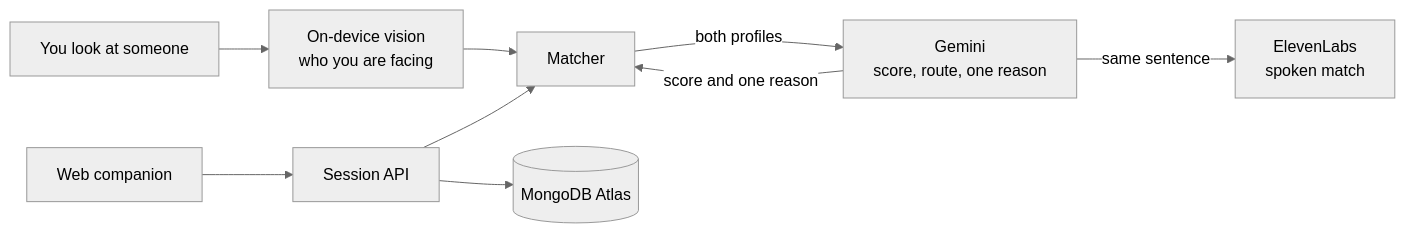
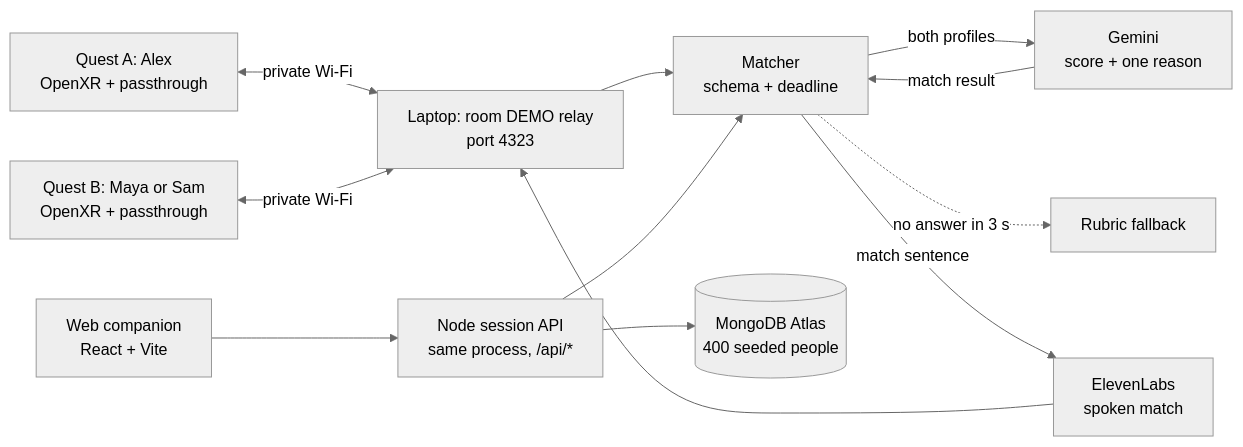
Before and after one commit to pooravrawat1/align: the diagram in README.md, drawn with Mermaid (neutral theme). The commit also changed other lines of this file, not shown here.

````diff
--- a/README.md
+++ b/README.md
@@ -60,20 +59,25 @@
 ```mermaid
 flowchart LR
-  wearer["You look at someone"]
-  vision["On-device vision\nwho you are facing"]
-  matcher["Matcher"]
-  gemini["Gemini\nscore, route, one reason"]
+  questA["Quest A: Alex\nOpenXR + passthrough"]
+  questB["Quest B: Maya or Sam\nOpenXR + passthrough"]
+  relay["Laptop: room DEMO relay\nport 4323"]
+  matcher["Matcher\nschema + deadline"]
+  gemini["Gemini\nscore + one reason"]
+  rubric["Rubric fallback"]
   voice["ElevenLabs\nspoken match"]
-  web["Web companion"]
-  api["Session API"]
-  mongo[("MongoDB Atlas")]
-
-  wearer --> vision
-  vision --> matcher
+  web["Web companion\nReact + Vite"]
+  api["Node session API\nsame process, /api/*"]
+  mongo[("MongoDB Atlas\n400 seeded people")]
+ 
+  questA <-->|"private Wi-Fi"| relay
+  questB <-->|"private Wi-Fi"| relay
+  relay --> matcher
   matcher -->|"both profiles"| gemini
-  gemini -->|"score and one reason"| matcher
-  gemini -->|"same sentence"| voice
+  gemini -->|"match result"| matcher
+  matcher -.->|"no answer in 3 s"| rubric
+  matcher -->|"match sentence"| voice
+  voice --> relay
   web --> api
   api --> matcher
   api --> mongo
 ```
````
